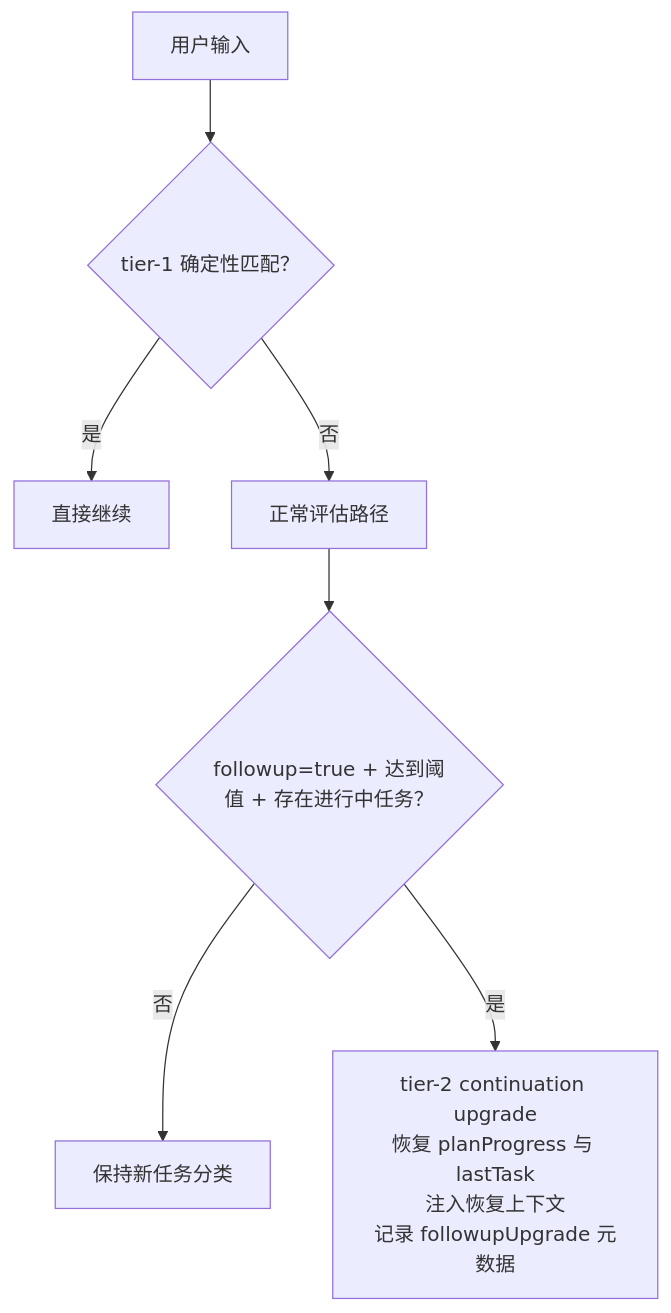
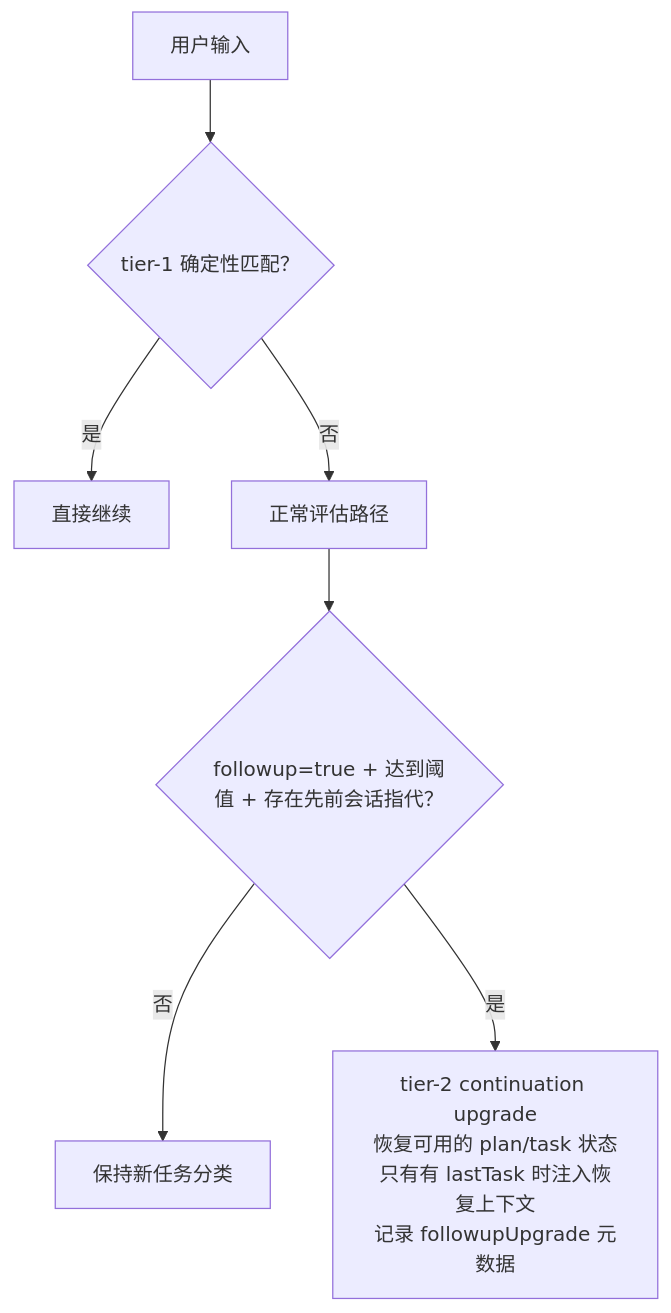
The diagram in docs/zh-CN/guides/planning-and-review.md (HaloTech-Co-Ltd/hk2), drawn with Mermaid before and after one commit. The commit also changed other lines of this file and 34 other files, not shown here.

````diff
--- a/docs/zh-CN/guides/planning-and-review.md
+++ b/docs/zh-CN/guides/planning-and-review.md
@@ -127,9 +118,9 @@
 ```mermaid
 flowchart TD
     U[用户输入] --> T1{tier-1 确定性匹配？}
     T1 -- 是 --> C[直接继续]
     T1 -- 否 --> A[正常评估路径]
-    A --> V{followup=true + 达到阈值 + 存在进行中任务？}
+    A --> V{followup=true + 达到阈值 + 存在先前会话指代？}
     V -- 否 --> F[保持新任务分类]
-    V -- 是 --> UPGRADE[tier-2 continuation upgrade<br/>恢复 planProgress 与 lastTask<br/>注入恢复上下文<br/>记录 followupUpgrade 元数据]
+    V -- 是 --> UPGRADE[tier-2 continuation upgrade<br/>恢复可用的 plan/task 状态<br/>只有有 lastTask 时注入恢复上下文<br/>记录 followupUpgrade 元数据]
 ```
````
